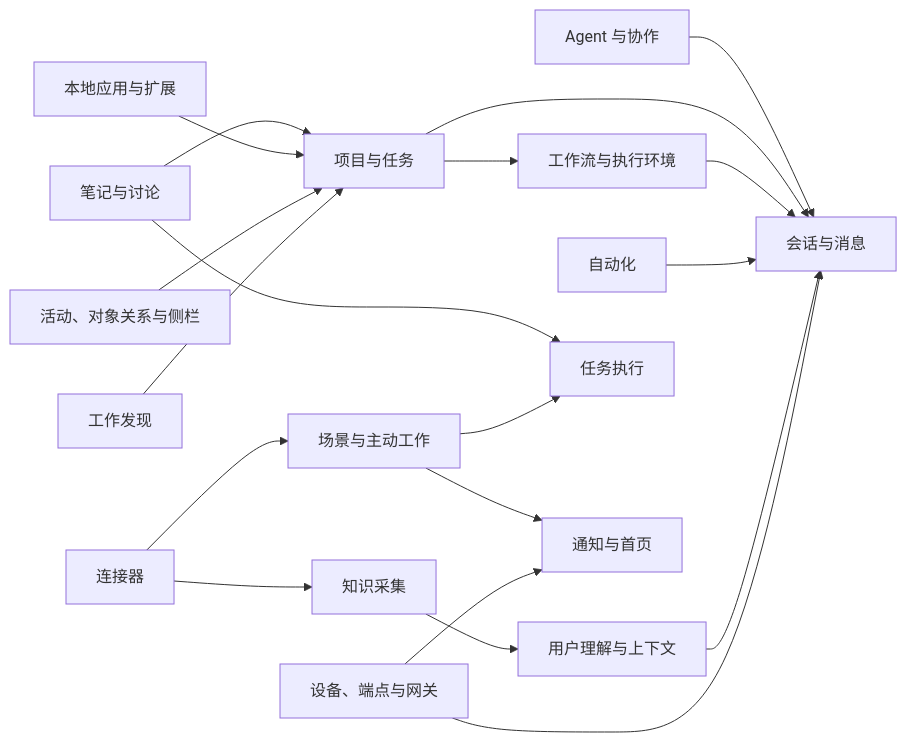
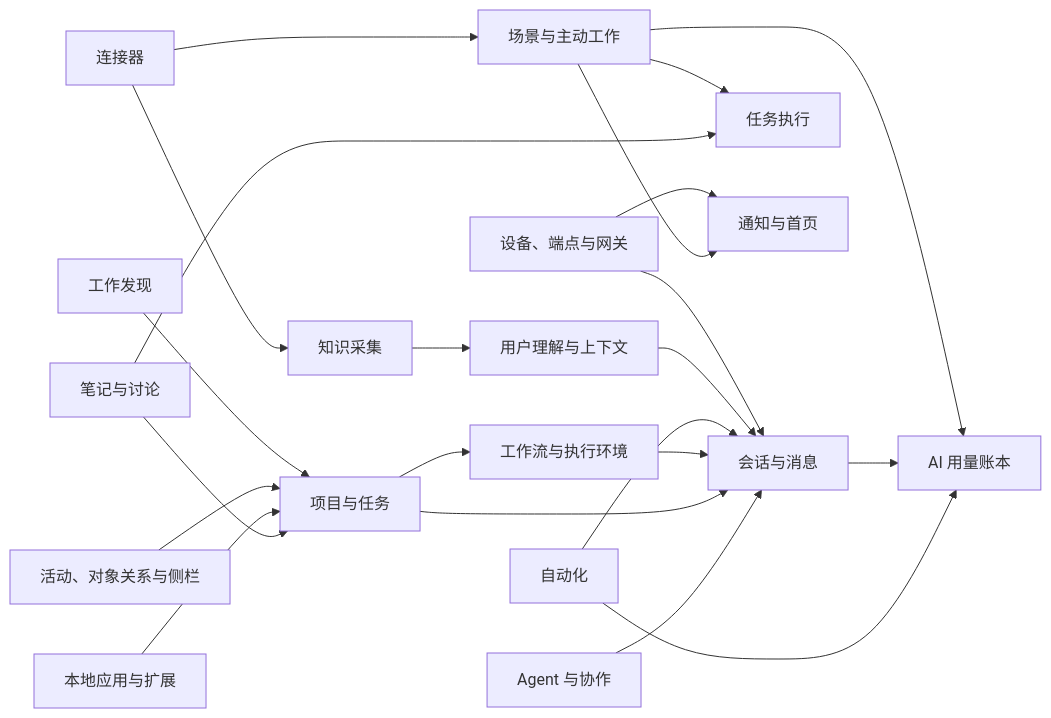
One commit to xopcai/xopc changed the first of 4 diagrams in docs/design/technical/database-domain-model.md. Above: the diagram before and after it, drawn with Mermaid. The commit also changed other lines of this file and 20 other files, not shown here.

````diff
--- a/docs/design/technical/database-domain-model.md
+++ b/docs/design/technical/database-domain-model.md
@@ -29,21 +29,24 @@
 ```mermaid
 flowchart LR
   Agent[Agent 与协作] --> Session[会话与消息]
   Project[项目与任务] --> Session
   Project --> Workflow[工作流与执行环境]
   Workflow --> Session
   Automation[自动化] --> Session
+  Automation --> Usage[AI 用量账本]
   Connector[连接器] --> Knowledge[知识采集]
   Connector --> Scene[场景与主动工作]
   Knowledge --> Understanding[用户理解与上下文]
   Understanding --> Session
+  Session --> Usage
   Notes[笔记与讨论] --> Project
   Notes --> Task[任务执行]
   Scene --> Task
   Scene --> Notify[通知与首页]
+  Scene --> Usage
   Device[设备、端点与网关] --> Session
   Device --> Notify
   App[本地应用与扩展] --> Project
   Activity[活动、对象关系与侧栏] --> Project
   Discovery[工作发现] --> Project
 ```
````
